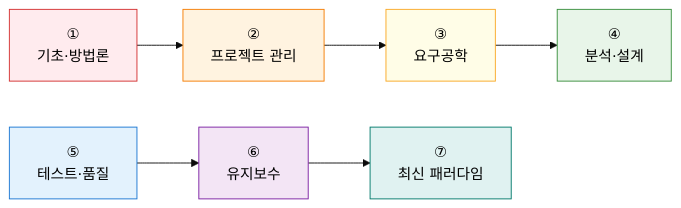
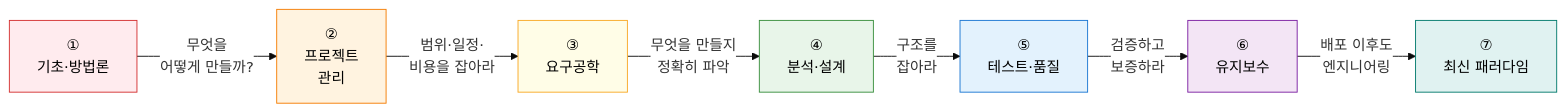
The diagram in content/docs/01-software-engineering/_index.md (jeonck/itpe-KM), drawn with Mermaid before and after one commit.

Commit message:
revert: 소프트웨어공학 로드맵 단일 행 + 엣지 레이블 원복

````diff
--- a/content/docs/01-software-engineering/_index.md
+++ b/content/docs/01-software-engineering/_index.md
@@ -11,20 +11,18 @@
 ```mermaid
 %%{init: { 'theme': 'base', 'themeVariables': { 'edgeLabelBackground': '#fff' }}}%%
 flowchart LR
-    A["①<br/>기초·방법론"]
-    B["②<br/>프로젝트 관리"]
-    C["③<br/>요구공학"]
-    D["④<br/>분석·설계"]
-    E["⑤<br/>테스트·품질"]
-    F["⑥<br/>유지보수"]
-    G["⑦<br/>최신 패러다임"]
-    A --> B --> C --> D
-    E --> F --> G
+    A["①<br/>기초·방법론"] --"무엇을<br/>어떻게 만들까?"--> B["②<br/>프로젝트<br/>관리"]
+    B --"범위·일정·<br/>비용을 잡아라"--> C["③<br/>요구공학"]
+    C --"무엇을 만들지<br/>정확히 파악"--> D["④<br/>분석·설계"]
+    D --"구조를<br/>잡아라"--> E["⑤<br/>테스트·품질"]
+    E --"검증하고<br/>보증하라"--> F["⑥<br/>유지보수"]
+    F --"배포 이후도<br/>엔지니어링"--> G["⑦<br/>최신 패러다임"]
+
     style A fill:#FFEBEE,stroke:#D32F2F,color:#000
     style B fill:#FFF3E0,stroke:#F57C00,color:#000
     style C fill:#FFFDE7,stroke:#F9A825,color:#000
     style D fill:#E8F5E9,stroke:#388E3C,color:#000
     style E fill:#E3F2FD,stroke:#1976D2,color:#000
     style F fill:#F3E5F5,stroke:#7B1FA2,color:#000
     style G fill:#E0F2F1,stroke:#00796B,color:#000
 ```
````
